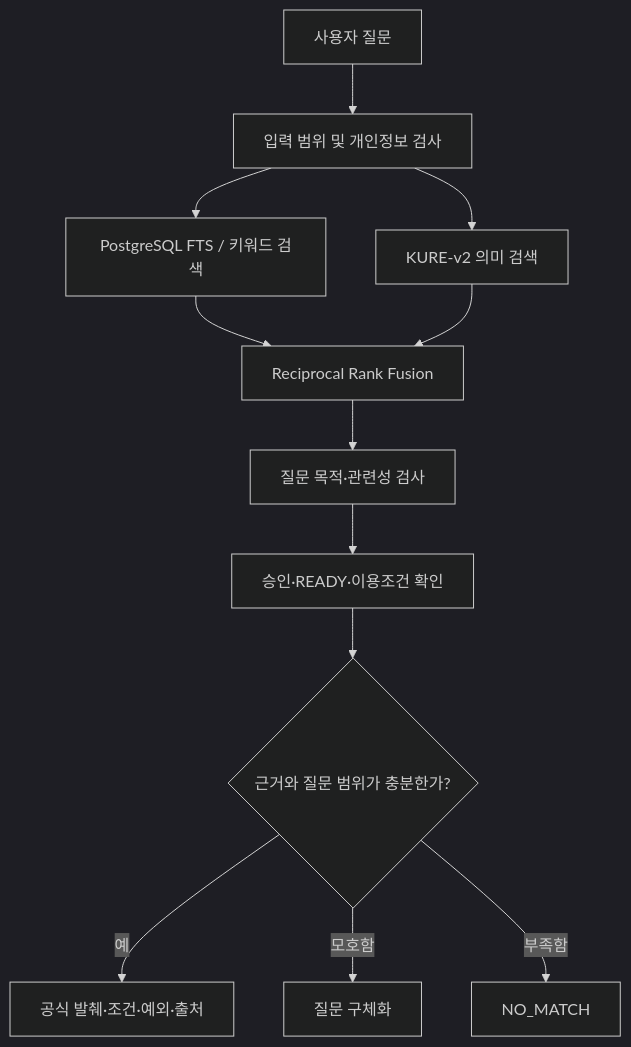
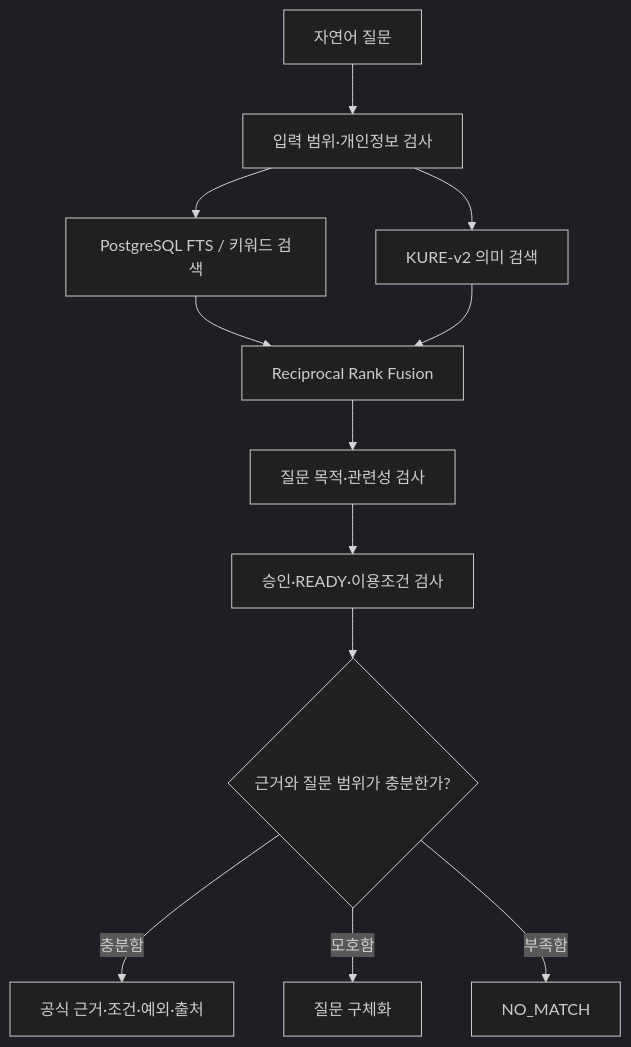
One commit to Economy0326/financial-helper-backend changed the second of 2 diagrams in README.md. Above: the diagram before and after it, drawn with Mermaid (dark theme). The commit also changed other lines of this file, not shown here.

````diff
--- a/README.md
+++ b/README.md
@@ -95,17 +93,19 @@
 ```mermaid
 flowchart TD
-    Q["사용자 질문"] --> V["입력 범위 및 개인정보 검사"]
+    Q["자연어 질문"] --> V["입력 범위·개인정보 검사"]
+
     V --> FTS["PostgreSQL FTS / 키워드 검색"]
-    V --> SEM["KURE-v2 의미 검색"]
+    V --> KURE["KURE-v2 의미 검색"]
 
     FTS --> RRF["Reciprocal Rank Fusion"]
-    SEM --> RRF
+    KURE --> RRF
 
     RRF --> FILTER["질문 목적·관련성 검사"]
-    FILTER --> RIGHTS["승인·READY·이용조건 확인"]
+    FILTER --> READY["승인·READY·이용조건 검사"]
 
-    RIGHTS --> D{"근거와 질문 범위가 충분한가?"}
-    D -->|예| RESULT["공식 발췌·조건·예외·출처"]
-    D -->|모호함| CLARIFY["질문 구체화"]
-    D -->|부족함| NOMATCH["NO_MATCH"]
+    READY --> DECIDE{"근거와 질문 범위가 충분한가?"}
+
+    DECIDE -->|충분함| RESULT["공식 근거·조건·예외·출처"]
+    DECIDE -->|모호함| CLARIFY["질문 구체화"]
+    DECIDE -->|부족함| NOMATCH["NO_MATCH"]
 ```
````
